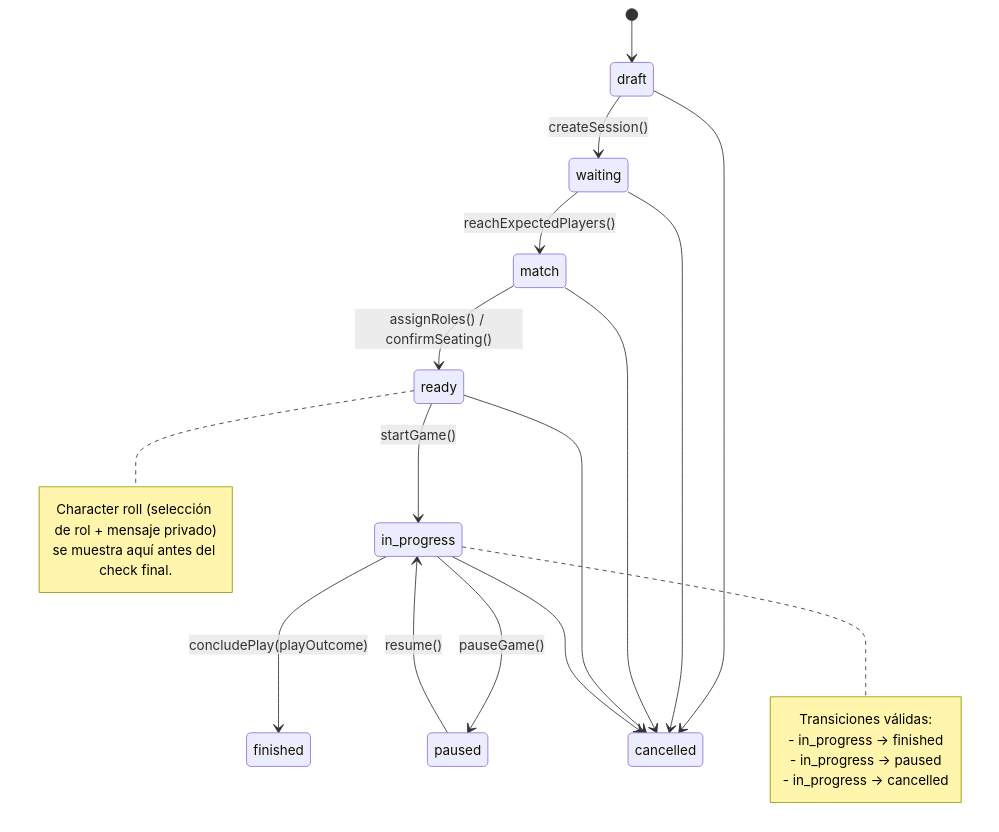
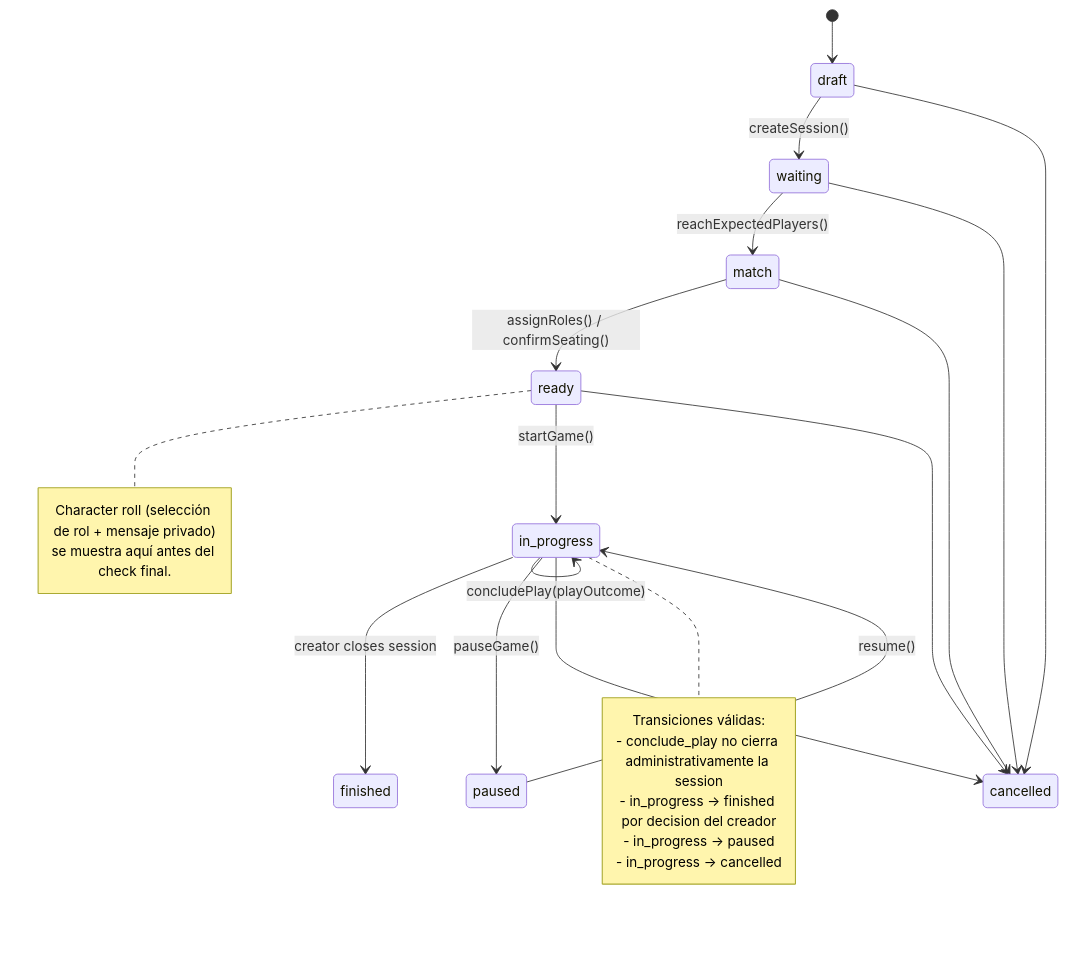
The second of 3 diagrams in docs/arquitectura.md (juanramonmorandeira/castronegro-director), drawn with Mermaid before and after one commit. The commit also changed other lines of this file and 63 other files, not shown here.

````diff
--- a/docs/arquitectura.md
+++ b/docs/arquitectura.md
@@ -57,27 +60,29 @@
 ```mermaid
 stateDiagram-v2
   [*] --> draft
   draft --> waiting: createSession()
   waiting --> match: reachExpectedPlayers()
   match --> ready: assignRoles() / confirmSeating()
   note right of ready
     Character roll (selección de rol + mensaje privado)
     se muestra aquí antes del check final.
   end note
   ready --> in_progress: startGame()
-  in_progress --> finished: concludePlay(playOutcome)
+  in_progress --> in_progress: concludePlay(playOutcome)
+  in_progress --> finished: creator closes session
   in_progress --> paused: pauseGame()
   paused --> in_progress: resume()
   draft --> cancelled
   waiting --> cancelled
   match --> cancelled
   ready --> cancelled
   in_progress --> cancelled
 
   note right of in_progress
     Transiciones válidas:
-    - in_progress → finished
+    - conclude_play no cierra administrativamente la session
+    - in_progress → finished por decision del creador
     - in_progress → paused
     - in_progress → cancelled
   end note
 ```
````
